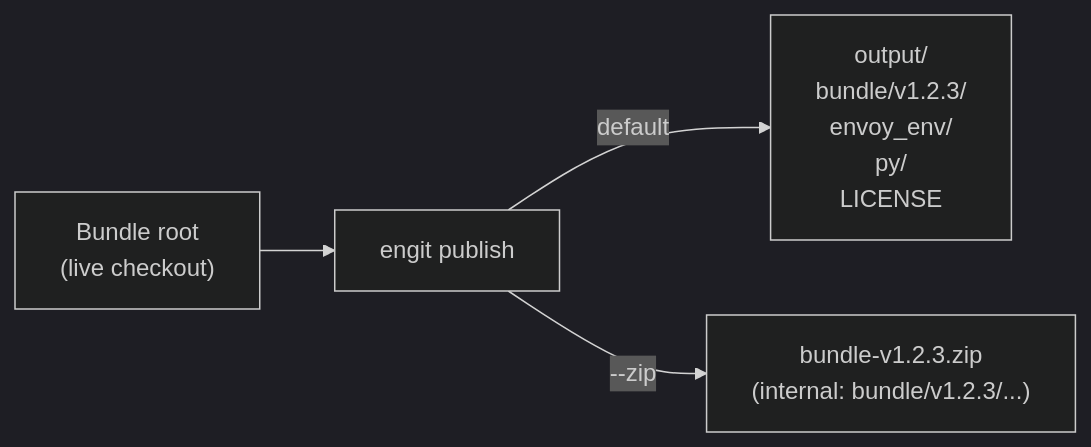
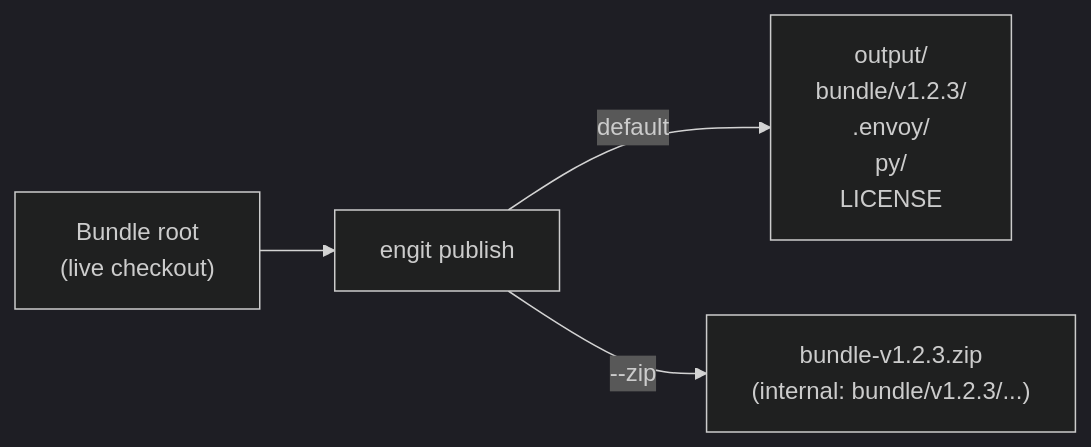
The third of 3 diagrams in docs/advanced.md (gtvfx-contrib/gt-envoy), drawn with Mermaid (dark theme) before and after one commit. The commit also changed other lines of this file and 39 other files, not shown here.

Commit message:
updated envoy_env to .envoy

````diff
--- a/docs/advanced.md
+++ b/docs/advanced.md
@@ -96,11 +96,11 @@
 ```mermaid
 flowchart LR
     SRC["Bundle root\n(live checkout)"]
     PUB["engit publish"]
-    FOLD["output/\nbundle/v1.2.3/\n  envoy_env/\n  py/\n  LICENSE"]
+    FOLD["output/\nbundle/v1.2.3/\n  .envoy/\n  py/\n  LICENSE"]
     ZIP["bundle-v1.2.3.zip\n(internal: bundle/v1.2.3/...)"]
 
     SRC --> PUB
     PUB -- "default" --> FOLD
     PUB -- "--zip" --> ZIP
 ```
````
